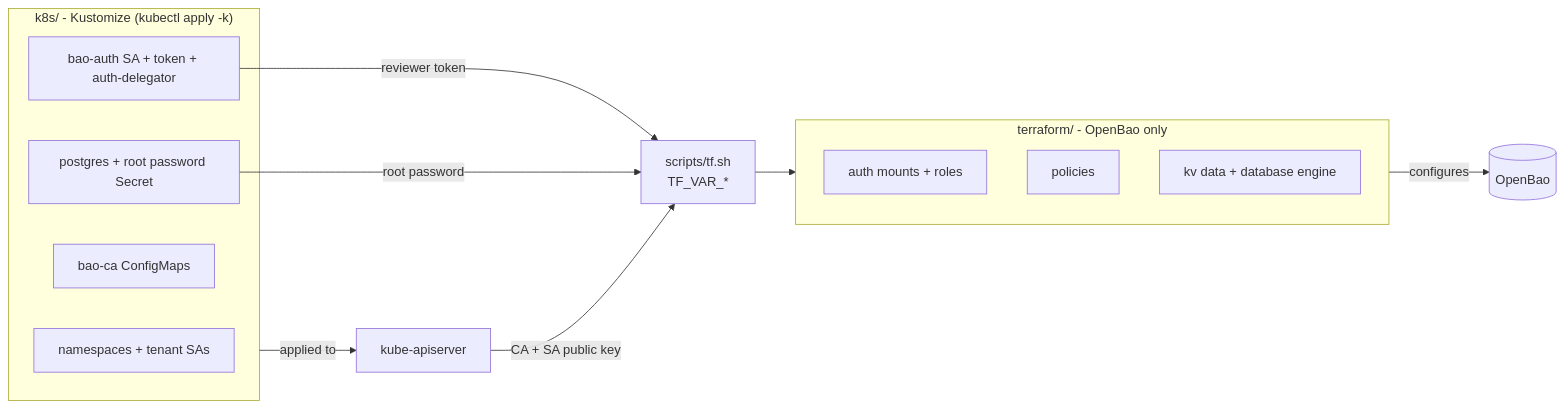
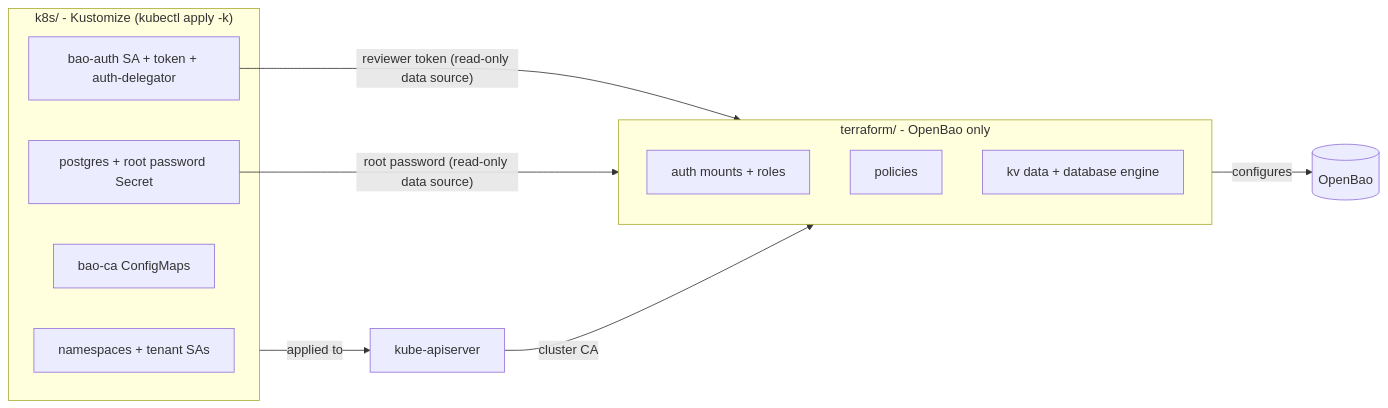
One commit to tilraunastofan/kind-vault-lab changed the fourth of 5 diagrams in docs/DIAGRAMS.md. Above: the diagram before and after it, drawn with Mermaid. The commit also changed 13 other files, not shown here.

First line of the commit message:
Terraform reads cluster values via read-only data sources again; drop tf.sh wrapper

````diff
--- a/docs/DIAGRAMS.md
+++ b/docs/DIAGRAMS.md
@@ -88,20 +88,19 @@
 ```mermaid
 flowchart LR
     subgraph K["k8s/ - Kustomize (kubectl apply -k)"]
         NS[namespaces + tenant SAs]
         BA[bao-auth SA + token + auth-delegator]
         CA[bao-ca ConfigMaps]
         PG[postgres + root password Secret]
     end
     subgraph T["terraform/ - OpenBao only"]
         AU[auth mounts + roles]
         PO[policies]
         KV[kv data + database engine]
     end
-    BA -- "reviewer token" --> TS[scripts/tf.sh<br/>TF_VAR_*]
-    PG -- "root password" --> TS
-    API[kube-apiserver] -- "CA + SA public key" --> TS
-    TS --> T
+    BA -- "reviewer token (read-only data source)" --> T
+    PG -- "root password (read-only data source)" --> T
+    API[kube-apiserver] -- "cluster CA" --> T
     T -- "configures" --> BAO[(OpenBao)]
     K -- "applied to" --> API
 ```
````
